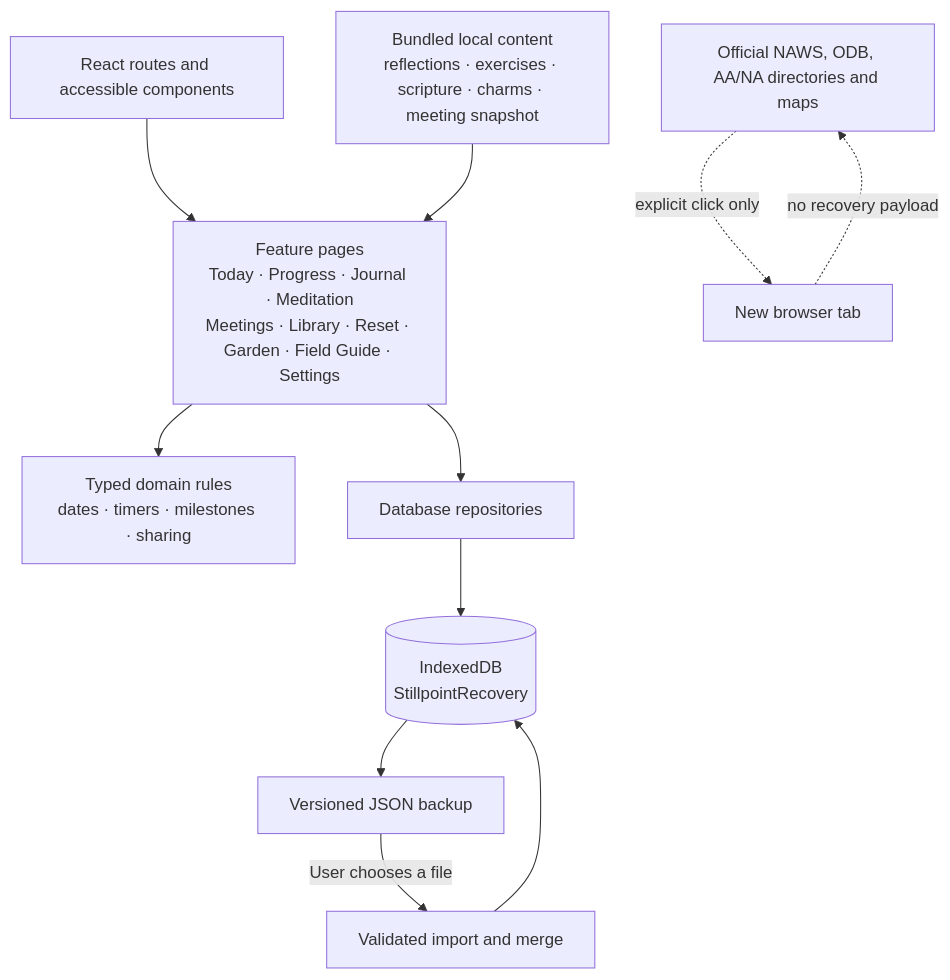
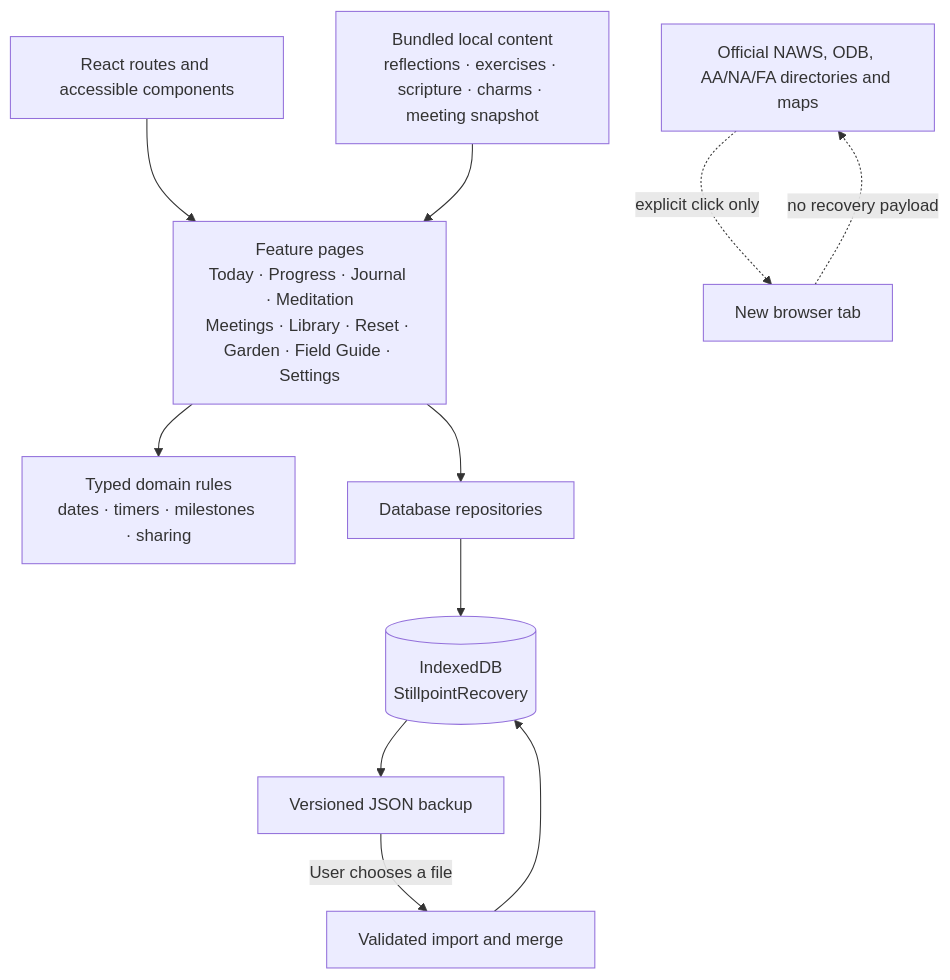
One commit to mcochranca-code/stillpoint-recovery changed the second of 4 diagrams in README.md. Above: the diagram before and after it, drawn with Mermaid. The commit also changed other lines of this file and 11 other files, not shown here.

````diff
--- a/README.md
+++ b/README.md
@@ -134,13 +134,13 @@
 ```mermaid
 flowchart TD
     UI[React routes and accessible components] --> Features[Feature pages\nToday · Progress · Journal · Meditation\nMeetings · Library · Reset · Garden · Field Guide · Settings]
     Features --> Domain[Typed domain rules\ndates · timers · milestones · sharing]
     Features --> Repositories[Database repositories]
     Repositories --> IndexedDB[(IndexedDB\nStillpointRecovery)]
     Static[Bundled local content\nreflections · exercises · scripture · charms · meeting snapshot] --> Features
     IndexedDB --> Backup[Versioned JSON backup]
     Backup -->|User chooses a file| Restore[Validated import and merge]
     Restore --> IndexedDB
-    External[Official NAWS, ODB, AA/NA directories and maps] -. explicit click only .-> Browser[New browser tab]
+    External[Official NAWS, ODB, AA/NA/FA directories and maps] -. explicit click only .-> Browser[New browser tab]
     Browser -. no recovery payload .-> External
 ```
````
